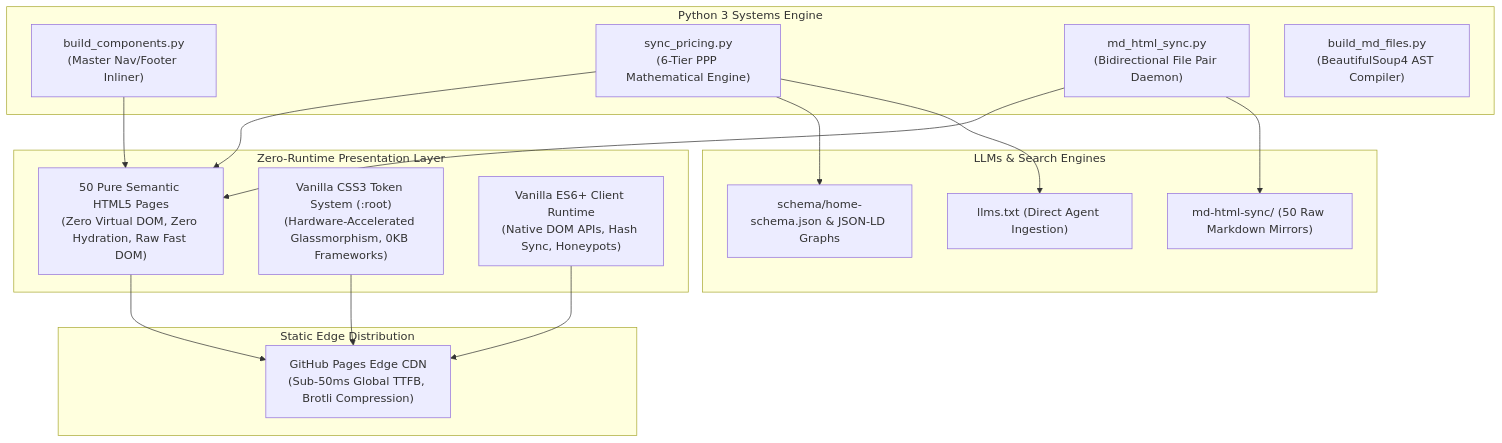
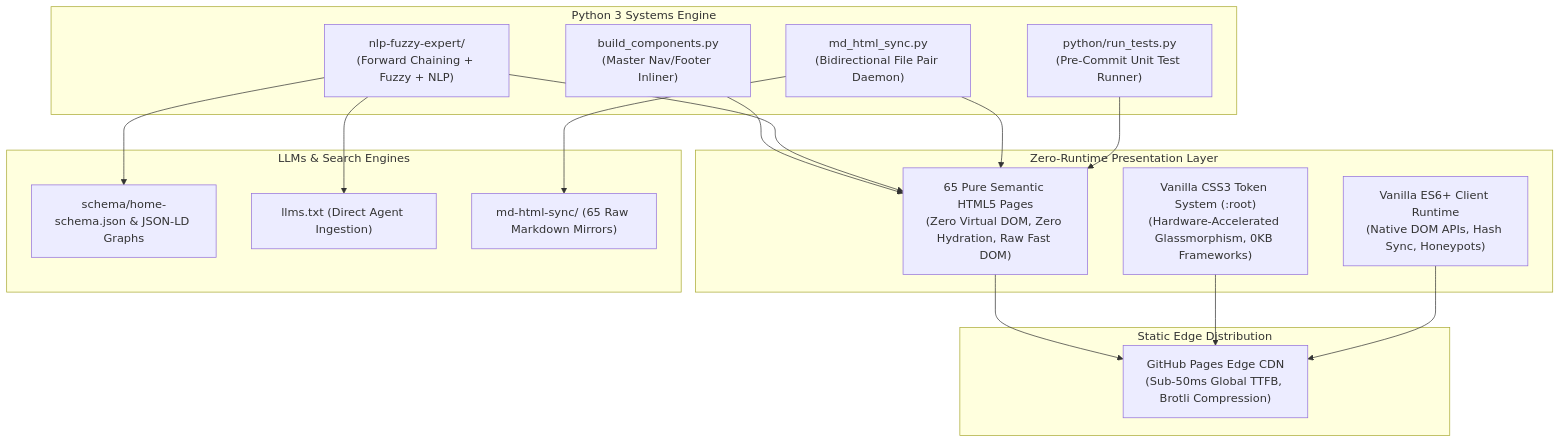
Before and after one commit to thomascherickal/thomascherickal.github.io: the first of 3 diagrams in TECH-STACK.md, drawn with Mermaid. The commit also changed other lines of this file and 191 other files, not shown here.

Commit message:
Implement NLP-fuzzy expert sync engine, test suite, and update Gemini guides

````diff
--- a/TECH-STACK.md
+++ b/TECH-STACK.md
@@ -30,35 +30,36 @@
 ```mermaid
 graph TD
   subgraph Client Browser [Zero-Runtime Presentation Layer]
-    HTML["50 Pure Semantic HTML5 Pages<br/>(Zero Virtual DOM, Zero Hydration, Raw Fast DOM)"]
+    HTML["65 Pure Semantic HTML5 Pages<br/>(Zero Virtual DOM, Zero Hydration, Raw Fast DOM)"]
     CSS["Vanilla CSS3 Token System (:root)<br/>(Hardware-Accelerated Glassmorphism, 0KB Frameworks)"]
     JS["Vanilla ES6+ Client Runtime<br/>(Native DOM APIs, Hash Sync, Honeypots)"]
   end
 
   subgraph Server & Edge CDN [Static Edge Distribution]
     CDN["GitHub Pages Edge CDN<br/>(Sub-50ms Global TTFB, Brotli Compression)"]
   end
 
   subgraph Automation Pipeline [Python 3 Systems Engine]
     Build["build_components.py<br/>(Master Nav/Footer Inliner)"]
-    Pricing["sync_pricing.py<br/>(6-Tier PPP Mathematical Engine)"]
+    NLPExpert["nlp-fuzzy-expert/<br/>(Forward Chaining + Fuzzy + NLP)"]
     Sync["md_html_sync.py<br/>(Bidirectional File Pair Daemon)"]
-    AST["build_md_files.py<br/>(BeautifulSoup4 AST Compiler)"]
+    Tests["python/run_tests.py<br/>(Pre-Commit Unit Test Runner)"]
   end
 
   subgraph External Consumers [LLMs & Search Engines]
     LDJSON["schema/home-schema.json & JSON-LD Graphs"]
     LLMS["llms.txt (Direct Agent Ingestion)"]
-    MD["md-html-sync/ (50 Raw Markdown Mirrors)"]
+    MD["md-html-sync/ (65 Raw Markdown Mirrors)"]
   end
 
   HTML --> CDN
   CSS --> CDN
   JS --> CDN
   Build --> HTML
-  Pricing --> HTML
-  Pricing --> LDJSON
-  Pricing --> LLMS
+  NLPExpert --> HTML
+  NLPExpert --> LDJSON
+  NLPExpert --> LLMS
   Sync --> HTML
   Sync --> MD
+  Tests --> HTML
 ```
````
